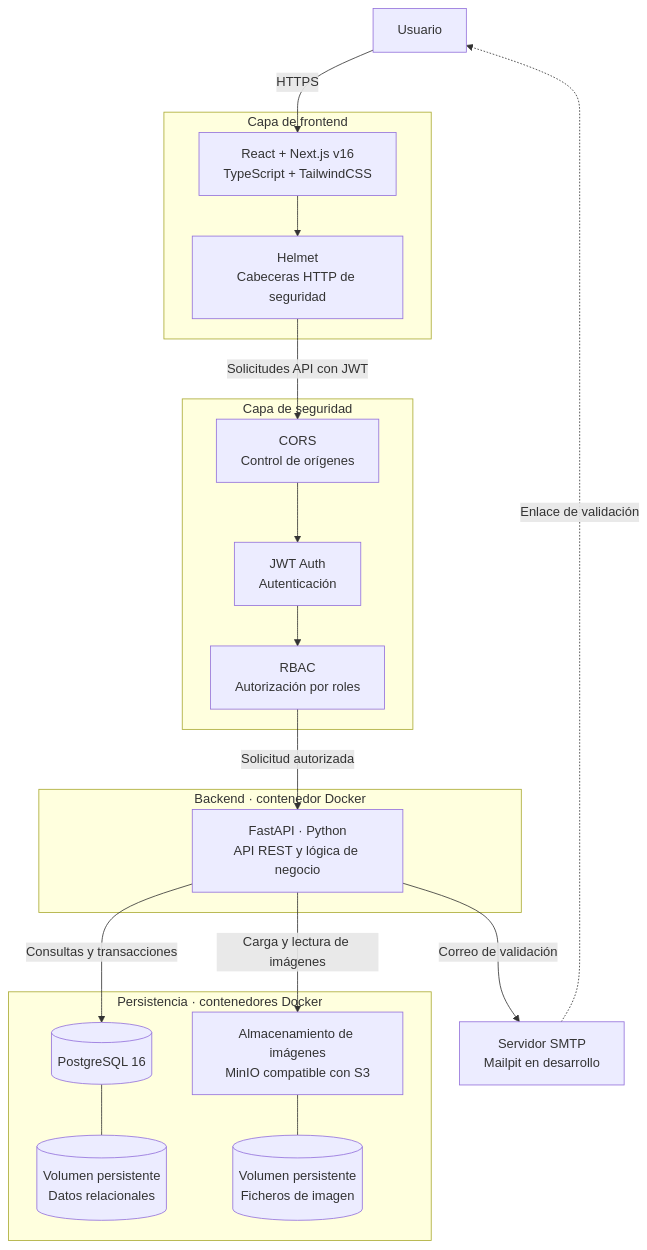
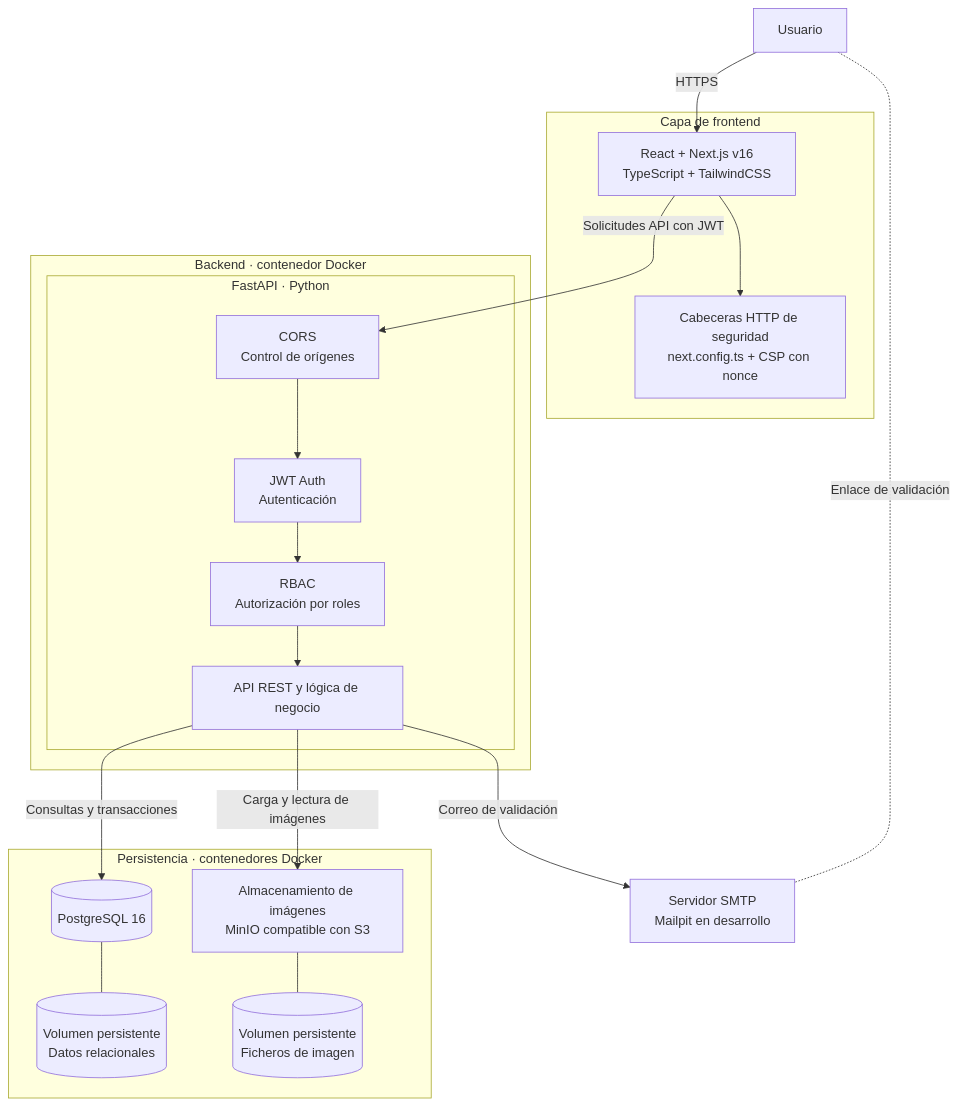
Before and after one commit to serfer2/entrevecinos: the first of 3 diagrams in readme.md, drawn with Mermaid. The commit also changed other lines of this file and 7 other files, not shown here.

First line of the commit message:
docs: show where security is enforced in the architecture (HU-33)

````diff
--- a/readme.md
+++ b/readme.md
@@ -222,41 +222,39 @@
 ```mermaid
 flowchart TB
     U["Usuario"]
 
     subgraph FE["Capa de frontend"]
         NEXT["React + Next.js v16<br/>TypeScript + TailwindCSS"]
-        HELMET["Helmet<br/>Cabeceras HTTP de seguridad"]
-        NEXT --> HELMET
-    end
-
-    subgraph SEC["Capa de seguridad"]
-        CORS["CORS<br/>Control de orígenes"]
-        JWT["JWT Auth<br/>Autenticación"]
-        RBAC["RBAC<br/>Autorización por roles"]
-        CORS --> JWT --> RBAC
+        HEADERS["Cabeceras HTTP de seguridad<br/>next.config.ts + CSP con nonce"]
+        NEXT --> HEADERS
     end
 
     subgraph BE["Backend · contenedor Docker"]
-        API["FastAPI · Python<br/>API REST y lógica de negocio"]
+        subgraph FASTAPI["FastAPI · Python"]
+            CORS["CORS<br/>Control de orígenes"]
+            JWT["JWT Auth<br/>Autenticación"]
+            RBAC["RBAC<br/>Autorización por roles"]
+            API["API REST y lógica de negocio"]
+            CORS --> JWT --> RBAC --> API
+        end
     end
 
     subgraph DATA["Persistencia · contenedores Docker"]
         DB[("PostgreSQL 16")]
         DBVOL[("Volumen persistente<br/>Datos relacionales")]
         DB --- DBVOL
 
         IMG["Almacenamiento de imágenes<br/>MinIO compatible con S3"]
         IMGVOL[("Volumen persistente<br/>Ficheros de imagen")]
         IMG --- IMGVOL
     end
 
     SMTP["Servidor SMTP<br/>Mailpit en desarrollo"]
 
     U -->|"HTTPS"| NEXT
-    HELMET -->|"Solicitudes API con JWT"| CORS
-    RBAC -->|"Solicitud autorizada"| API
+    NEXT -->|"Solicitudes API con JWT"| CORS
     API -->|"Consultas y transacciones"| DB
     API -->|"Carga y lectura de imágenes"| IMG
     API -->|"Correo de validación"| SMTP
-    SMTP -.->|"Enlace de validación"| U
+    U <-.-|"Enlace de validación"| SMTP
 ```
````
